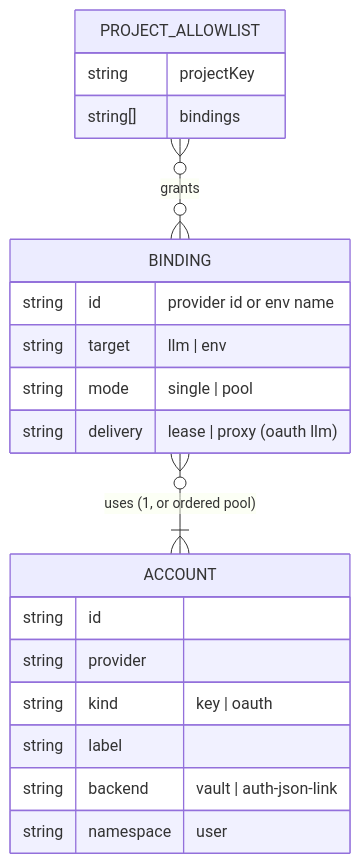
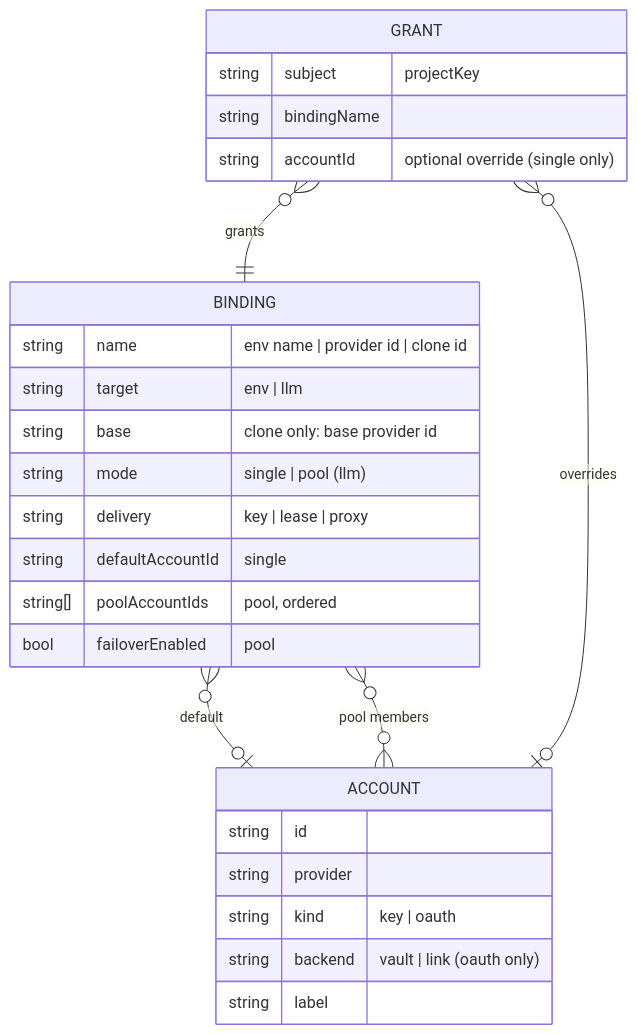
The first of 2 diagrams in openspec/changes/add-vault-llm-delivery/design.md (BlackBeltTechnology/pi-agent-dashboard), drawn with Mermaid before and after one commit. The commit also changed other lines of this file and 8 other files, not shown here.

First line of the commit message:
openspec(add-vault-llm-delivery): plan — realigned to foundation, 3 doubt-review cycles, test-plan manifest, folded tasks

````diff
--- a/openspec/changes/add-vault-llm-delivery/design.md
+++ b/openspec/changes/add-vault-llm-delivery/design.md
@@ -33,23 +63,29 @@
 ```mermaid
 erDiagram
   ACCOUNT {
     string id
     string provider
     string kind "key | oauth"
+    string backend "vault | link (oauth only)"
     string label
-    string backend "vault | auth-json-link"
-    string namespace "user"
   }
   BINDING {
-    string id "provider id or env name"
-    string target "llm | env"
-    string mode "single | pool"
-    string delivery "lease | proxy (oauth llm)"
+    string name "env name | provider id | clone id"
+    string target "env | llm"
+    string base "clone only: base provider id"
+    string mode "single | pool (llm)"
+    string delivery "key | lease | proxy"
+    string defaultAccountId "single"
+    string[] poolAccountIds "pool, ordered"
+    bool failoverEnabled "pool"
   }
-  PROJECT_ALLOWLIST {
-    string projectKey
-    string[] bindings
+  GRANT {
+    string subject "projectKey"
+    string bindingName
+    string accountId "optional override (single only)"
   }
-  BINDING }o--|{ ACCOUNT : "uses (1, or ordered pool)"
-  PROJECT_ALLOWLIST }o--o{ BINDING : "grants"
+  BINDING }o--o| ACCOUNT : "default"
+  BINDING }o--o{ ACCOUNT : "pool members"
+  GRANT }o--|| BINDING : grants
+  GRANT }o--o| ACCOUNT : overrides
 ```
````
